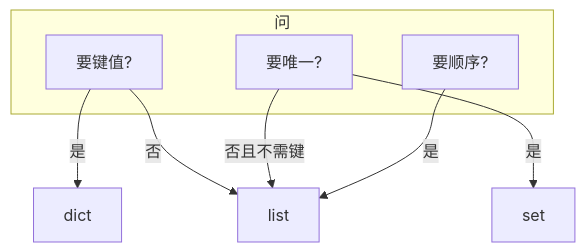
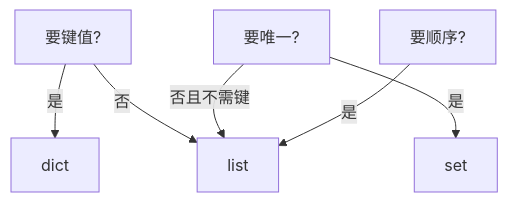
The second of 2 diagrams in 05-开发能力/02-Python/03-语言最小集与数据结构/知识点.md (ml-cuizijun/LearnToLilith), drawn with Mermaid before and after one commit. The commit also changed other lines of this file and 178 other files, not shown here.

````diff
--- a/05-开发能力/02-Python/03-语言最小集与数据结构/知识点.md
+++ b/05-开发能力/02-Python/03-语言最小集与数据结构/知识点.md
@@ -405,13 +432,8 @@
 ```mermaid
 flowchart TB
-    subgraph 问
-        Q1[要顺序?]
-        Q2[要键值?]
-        Q3[要唯一?]
-    end
-    Q1 -->|是| L[list]
-    Q2 -->|是| D[dict]
-    Q3 -->|是| S[set]
+    Q1[要顺序?] -->|是| L[list]
+    Q2[要键值?] -->|是| D[dict]
+    Q3[要唯一?] -->|是| S[set]
     Q3 -->|否且不需键| L
     Q2 -->|否| L
 ```
````
